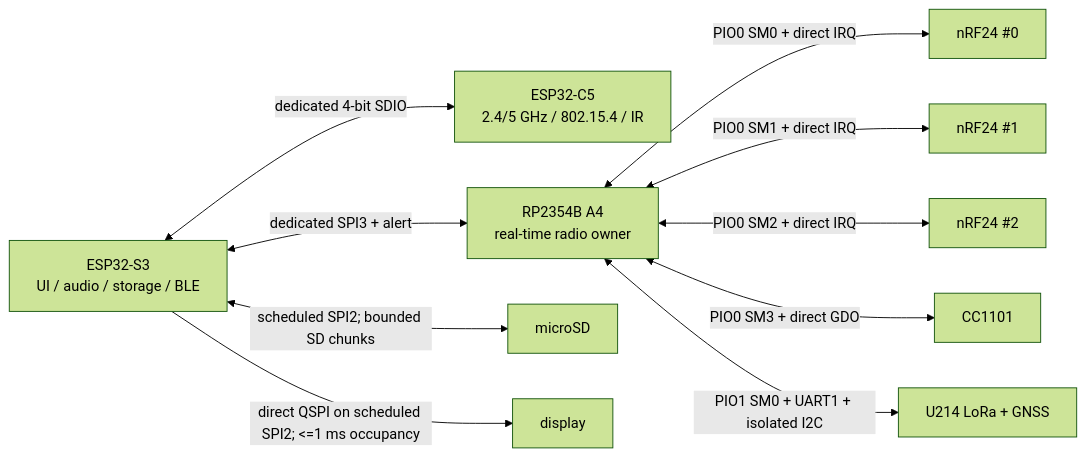
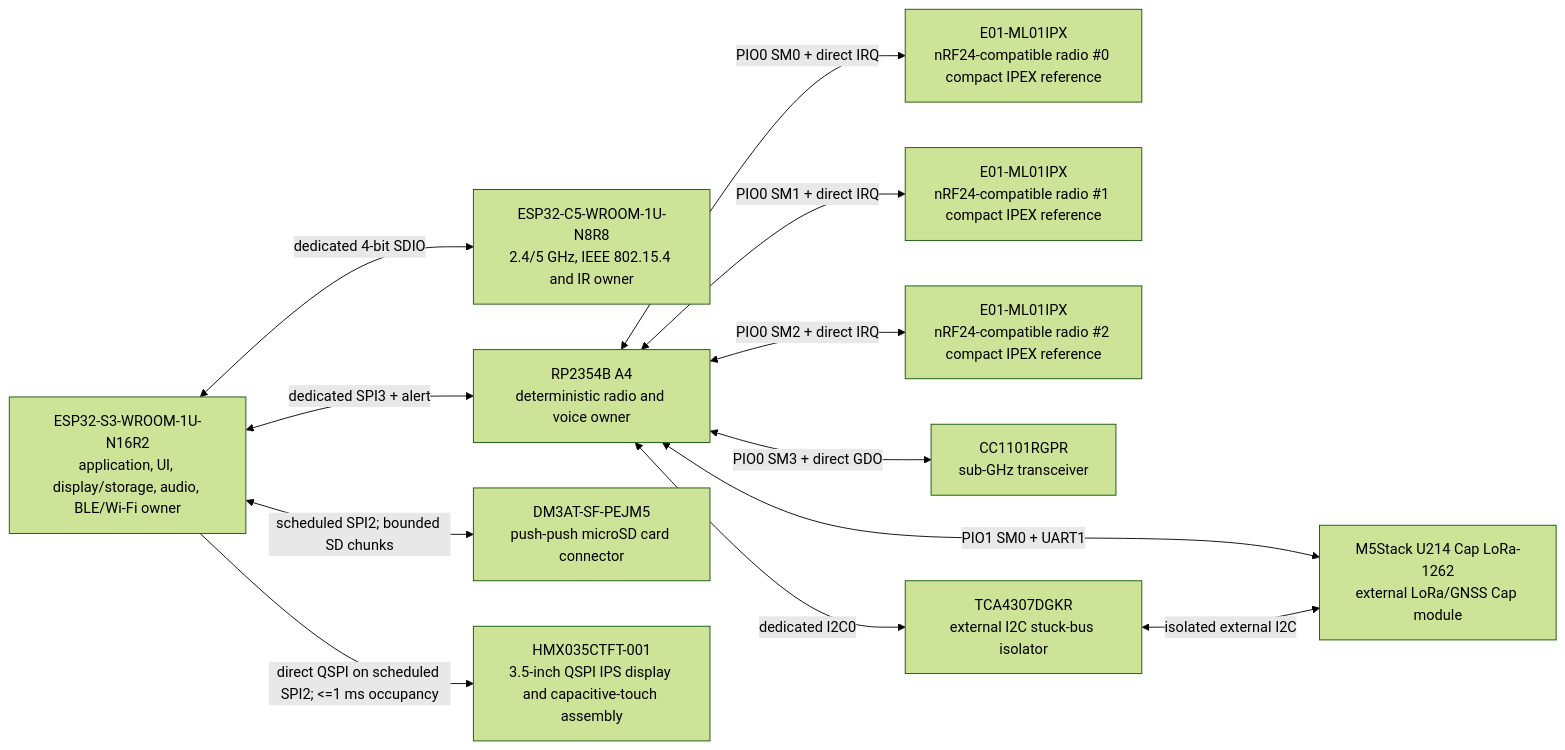
One commit to anton-vinogradov/esp32-leshy2 changed the diagram in docs/review/architecture/NIF-0001-digital-noninterference-layout.md. Above: the diagram before and after it, drawn with Mermaid (forest theme). The commit also changed other lines of this file and 35 other files, not shown here.

Commit message:
Accept fail-safe audio architecture and clarify diagrams

````diff
--- a/docs/review/architecture/NIF-0001-digital-noninterference-layout.md
+++ b/docs/review/architecture/NIF-0001-digital-noninterference-layout.md
@@ -38,23 +38,26 @@
 ```mermaid
 flowchart LR
-  S3["ESP32-S3\nUI / audio / storage / BLE"]
-  C5["ESP32-C5\n2.4/5 GHz / 802.15.4 / IR"]
-  RP["RP2354B A4\nreal-time radio owner"]
-  SD["microSD"]
-  LCD["display"]
-  NRF0["nRF24 #0"]
-  NRF1["nRF24 #1"]
-  NRF2["nRF24 #2"]
-  CC["CC1101"]
-  U214["U214 LoRa + GNSS"]
+  S3["ESP32-S3-WROOM-1U-N16R2<br/>application, UI, display/storage, audio, BLE/Wi-Fi owner"]
+  C5["ESP32-C5-WROOM-1U-N8R8<br/>2.4/5 GHz, IEEE 802.15.4 and IR owner"]
+  RP["RP2354B A4<br/>deterministic radio and voice owner"]
+  SD["DM3AT-SF-PEJM5<br/>push-push microSD card connector"]
+  LCD["HMX035CTFT-001<br/>3.5-inch QSPI IPS display and capacitive-touch assembly"]
+  NRF0["E01-ML01IPX<br/>nRF24-compatible radio #0 compact IPEX reference"]
+  NRF1["E01-ML01IPX<br/>nRF24-compatible radio #1 compact IPEX reference"]
+  NRF2["E01-ML01IPX<br/>nRF24-compatible radio #2 compact IPEX reference"]
+  CC["CC1101RGPR<br/>sub-GHz transceiver"]
+  U214["M5Stack U214 Cap LoRa-1262<br/>external LoRa/GNSS Cap module"]
+  ISO["TCA4307DGKR<br/>external I2C stuck-bus isolator"]
 
   S3 <-->|"dedicated 4-bit SDIO"| C5
   S3 <-->|"dedicated SPI3 + alert"| RP
   S3 -->|"direct QSPI on scheduled SPI2; <=1 ms occupancy"| LCD
   S3 <-->|"scheduled SPI2; bounded SD chunks"| SD
   RP <-->|"PIO0 SM0 + direct IRQ"| NRF0
   RP <-->|"PIO0 SM1 + direct IRQ"| NRF1
   RP <-->|"PIO0 SM2 + direct IRQ"| NRF2
   RP <-->|"PIO0 SM3 + direct GDO"| CC
-  RP <-->|"PIO1 SM0 + UART1 + isolated I2C"| U214
+  RP <-->|"PIO1 SM0 + UART1"| U214
+  RP <-->|"dedicated I2C0"| ISO
+  ISO <-->|"isolated external I2C"| U214
 ```
````
